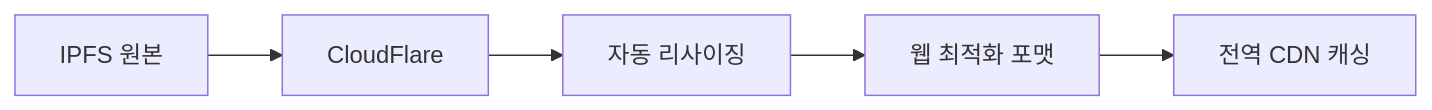
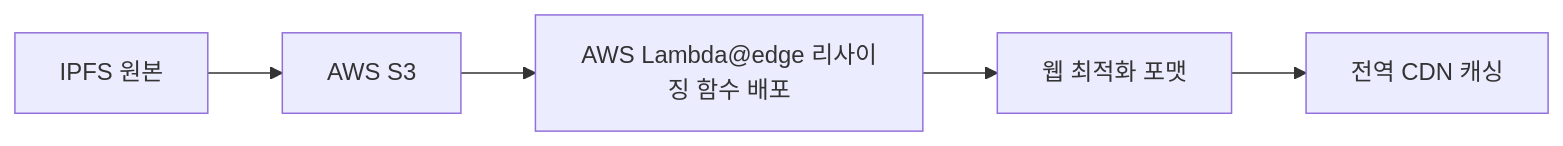
The diagram in README.md (chipmunkcol/NFT-market), drawn with Mermaid before and after one commit. The commit also changed other lines of this file, not shown here.

````diff
--- a/README.md
+++ b/README.md
@@ -152,7 +152,7 @@
 ```mermaid
 graph LR
-    A[IPFS 원본] --> B[CloudFlare]
-    B --> C[자동 리사이징]
+    A[IPFS 원본] --> B[AWS S3]
+    B --> C[AWS Lambda@edge 리사이징 함수 배포]
     C --> D[웹 최적화 포맷]
     D --> E[전역 CDN 캐싱]
 ```
````
